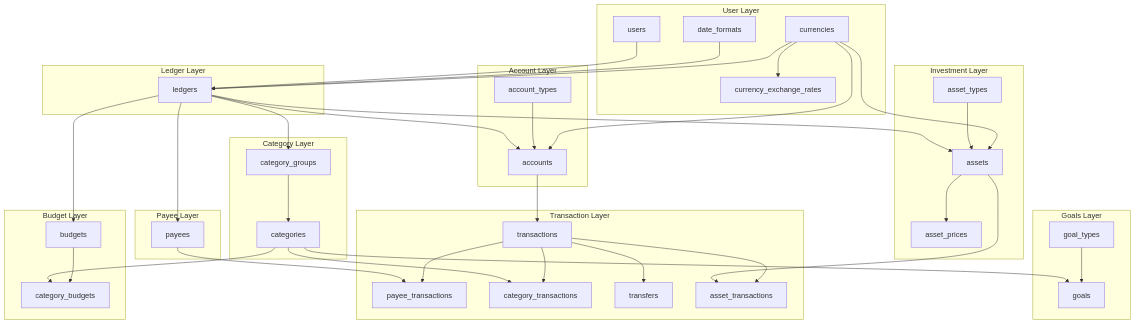
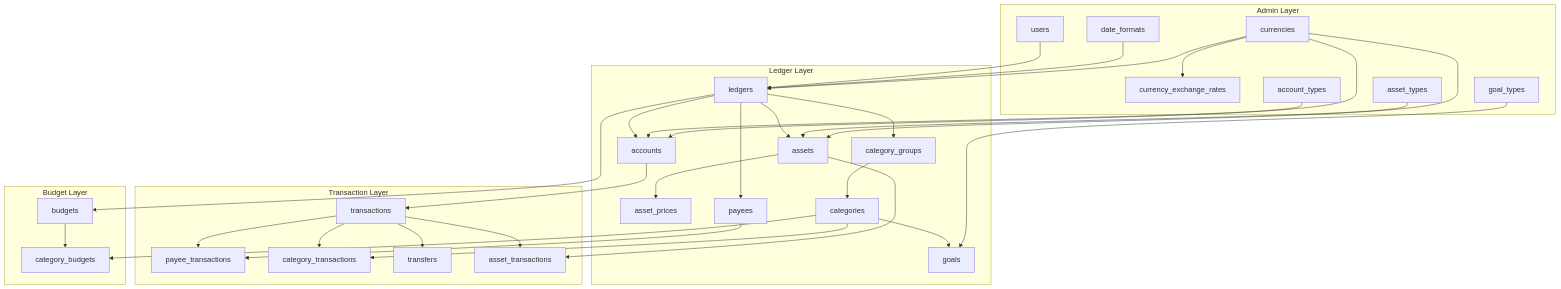
The second of 4 diagrams in database/docs/schema_diagram.md (tiagopaispereira/ledger-to-invest), drawn with Mermaid before and after one commit. The commit also changed other lines of this file and 5 other files, not shown here.

````diff
--- a/database/docs/schema_diagram.md
+++ b/database/docs/schema_diagram.md
@@ -275,80 +256,65 @@
 ```mermaid
-graph TB
-    subgraph "User Layer"
+graph 
+    subgraph "Admin Layer"
         A[date_formats]
         B[currencies] 
         C[currency_exchange_rates]
         D[users]
+        F[account_types]
+        H[asset_types]
+        M[goal_types]
     end
     
     subgraph "Ledger Layer"
         E[ledgers]
-    end
-    
-    subgraph "Account Layer"
-        F[account_types]
         G[accounts]
-    end
-    
-    subgraph "Investment Layer"
-        H[asset_types]
         I[assets]
         J[asset_prices]
-    end
-    
-    subgraph "Category Layer"
         K[category_groups]
         L[categories]
-    end
-    
-    subgraph "Goals Layer"
-        M[goal_types]
         N[goals]
-    end
-    
-    subgraph "Payee Layer"
         O[payees]
     end
     
     subgraph "Transaction Layer"
         P[transactions]
         V[payee_transactions]
         Q[category_transactions]
         R[transfers]
         S[asset_transactions]
     end
     
     subgraph "Budget Layer"
         T[budgets]
         U[category_budgets]
     end
     
     %% Layer Dependencies
     D --> E
     A --> E
     B --> E
     E --> G
     E --> K
     E --> I
     E --> O
     E --> T
     F --> G
     B --> G
     H --> I
     B --> I
     I --> J
     I --> S
     K --> L
     L --> N
     L --> Q
     L --> U
     M --> N
     O --> V
     G --> P
     P --> Q
     P --> V
     P --> R
     P --> S
     T --> U
     B --> C
 ```
````
